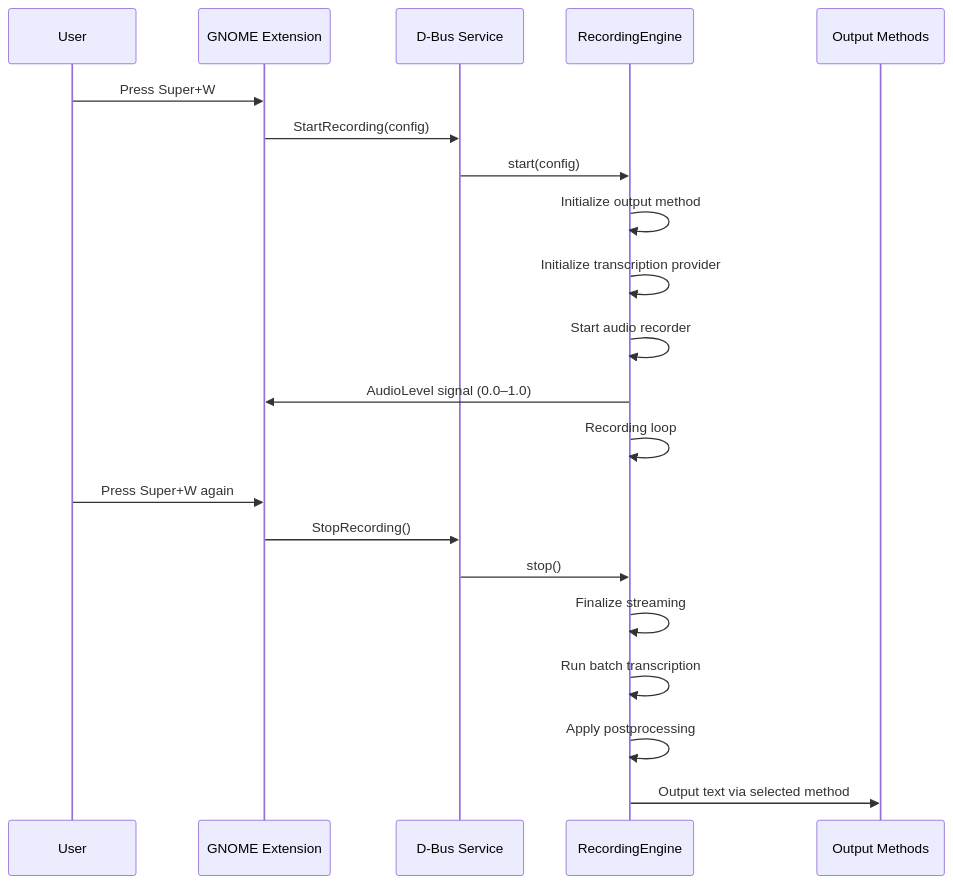
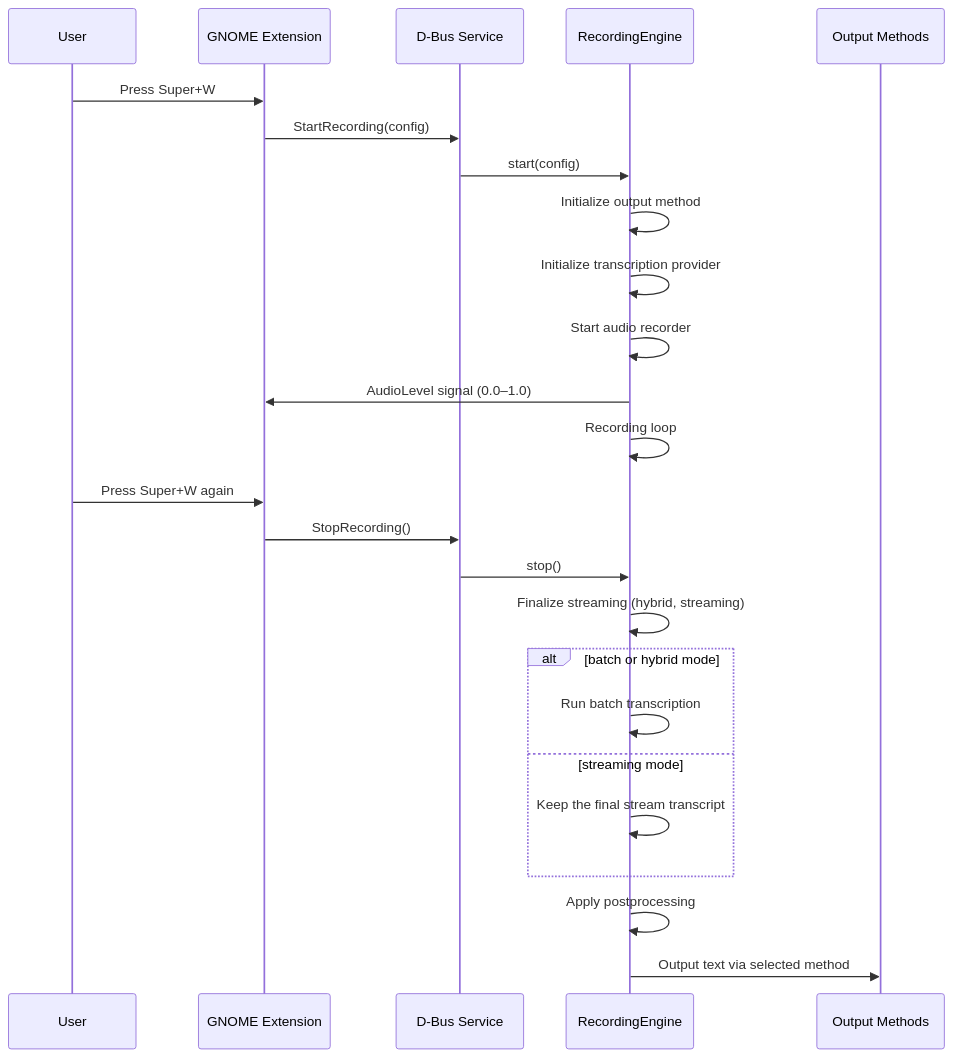
One commit to happytomatoe/fedora-speech-to-text changed the second of 3 diagrams in docs/architecture.md. Above: the diagram before and after it, drawn with Mermaid. The commit also changed other lines of this file and 5 other files, not shown here.

First line of the commit message:
fix(engine): stop re-transcribing audio on streaming-mode stop (#192)

````diff
--- a/docs/architecture.md
+++ b/docs/architecture.md
@@ -49,24 +49,28 @@
 ```mermaid
 sequenceDiagram
     participant User
     participant Ext as GNOME Extension
     participant DBus as D-Bus Service
     participant Engine as RecordingEngine
     participant Output as Output Methods
 
     User->>Ext: Press Super+W
     Ext->>DBus: StartRecording(config)
     DBus->>Engine: start(config)
     Engine->>Engine: Initialize output method
     Engine->>Engine: Initialize transcription provider
     Engine->>Engine: Start audio recorder
     Engine->>Ext: AudioLevel signal (0.0–1.0)
     Engine->>Engine: Recording loop
     User->>Ext: Press Super+W again
     Ext->>DBus: StopRecording()
     DBus->>Engine: stop()
-    Engine->>Engine: Finalize streaming
-    Engine->>Engine: Run batch transcription
+    Engine->>Engine: Finalize streaming (hybrid, streaming)
+    alt batch or hybrid mode
+        Engine->>Engine: Run batch transcription
+    else streaming mode
+        Engine->>Engine: Keep the final stream transcript
+    end
     Engine->>Engine: Apply postprocessing
     Engine->>Output: Output text via selected method
 ```
````
